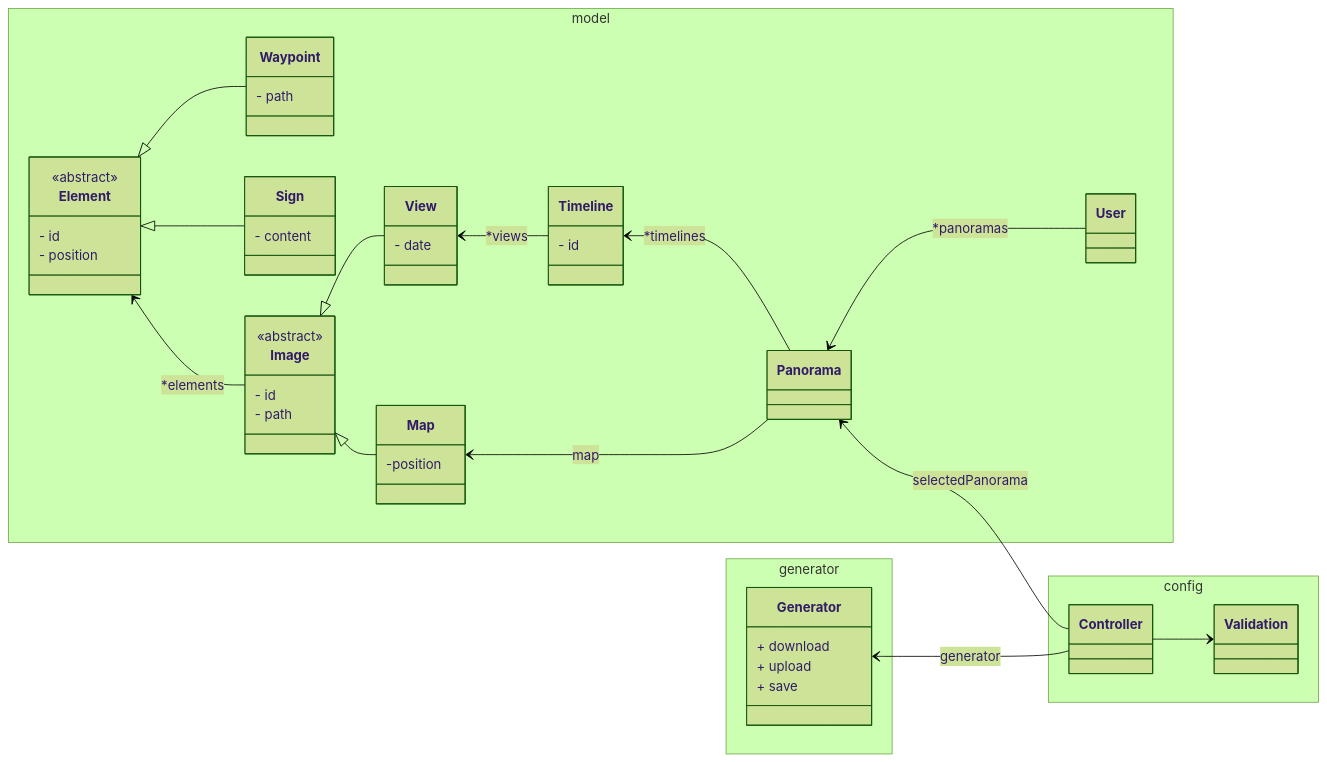
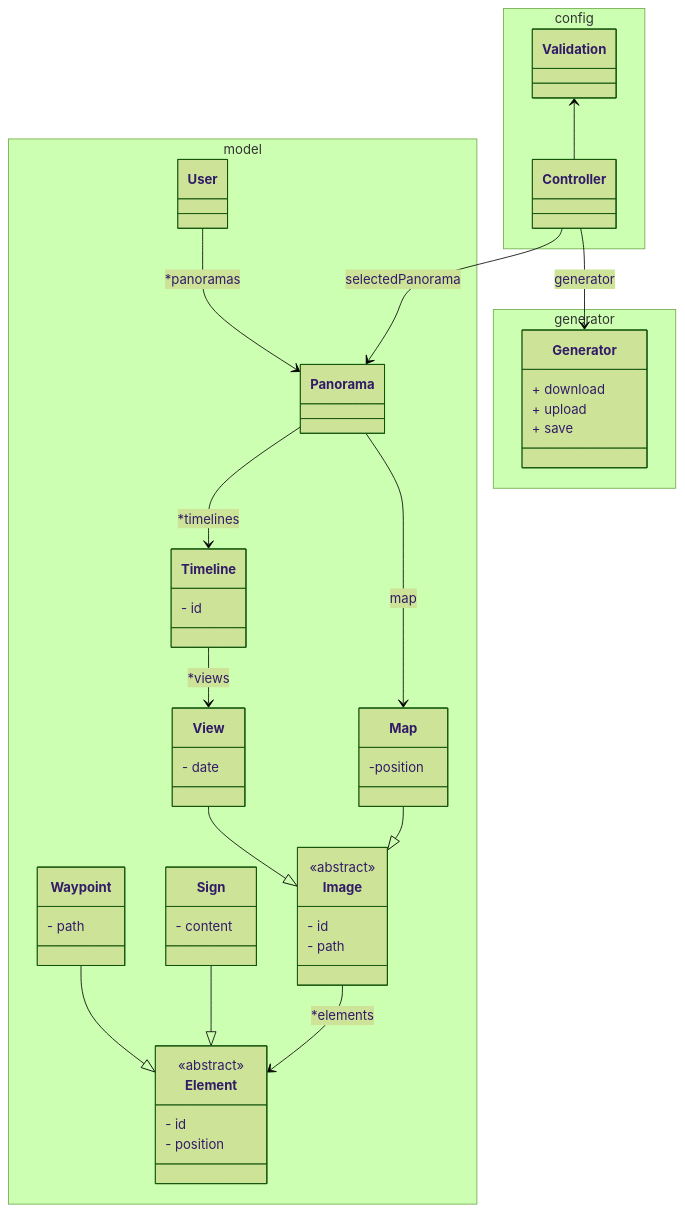
The diagram in Diagrams/generator-class-diagram.md (axdelafuen/archivr), drawn with Mermaid (forest theme) before and after one commit.

````diff
--- a/Diagrams/generator-class-diagram.md
+++ b/Diagrams/generator-class-diagram.md
@@ -1,72 +1,70 @@
 ```mermaid
 
 classDiagram
-
-direction RL
 
 namespace config {
     class Validation
     class Controller
 }
 
 Validation <-- Controller
 
 namespace model{
     class User{
 
     }
     class Panorama{
 
     }
     class Image{
         <<abstract>>
         - id
         - path
     }
     class View{
         - date
     }
     class Timeline{
         - id
     }
     class Map{
         -position
     }
     class Element{
         <<abstract>>
         - id
         - position
     }
     class Waypoint{
         - path
     }
     class Sign{
         - content
     }
 }
 User --> Panorama:*panoramas
 
 View --|> Image
 Map --|> Image
 Waypoint --|> Element
 Sign --|> Element
 
 Image --> Element : *elements
 
 Panorama --> Map: map
 Timeline --> View : *views
 Panorama --> Timeline : *timelines
 
 Controller --> Panorama : selectedPanorama
 
 namespace generator{
     class Generator{
         + download
         + upload
         + save
     }
 }
 
 Controller --> Generator : generator
 
 ```
````
